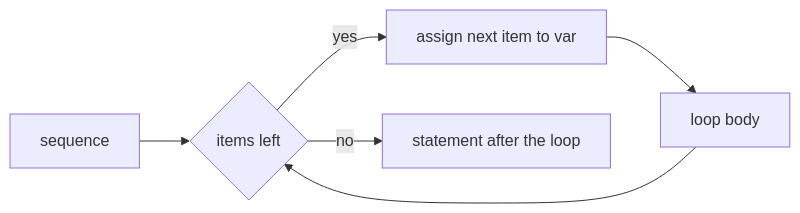
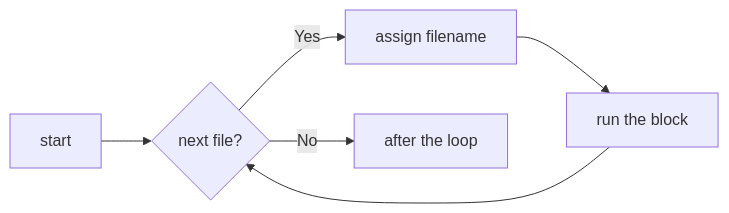
The third of 3 diagrams in src/slides/04-control-flow-and-operators/04-control-flow-and-operators.md (FeikoWielsma/courseWare-Python-Programming), drawn with Mermaid before and after one commit. The commit also changed other lines of this file and 225 other files, not shown here.

````diff
--- a/src/slides/04-control-flow-and-operators/04-control-flow-and-operators.md
+++ b/src/slides/04-control-flow-and-operators/04-control-flow-and-operators.md
@@ -254,8 +236,8 @@
 ```mermaid
 flowchart LR
-  A[sequence] --> B{items left}
-  B -- yes --> C[assign next item to var]
-  C --> D[loop body]
+  A[start] --> B{next file?}
+  B -- Yes --> C[assign filename]
+  C --> D[run the block]
   D --> B
-  B -- no --> E[statement after the loop]
+  B -- No --> E[after the loop]
 ```
````
